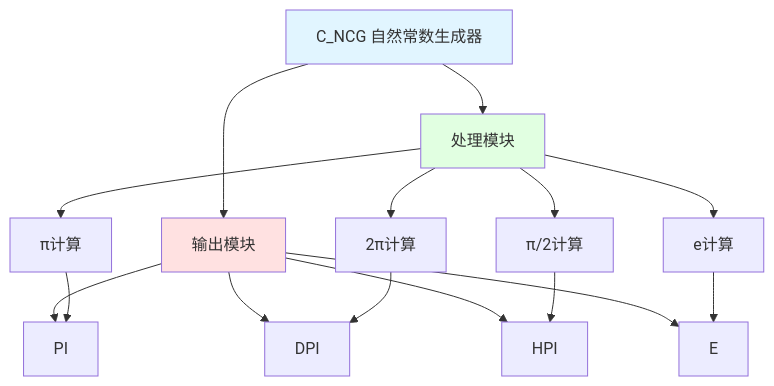
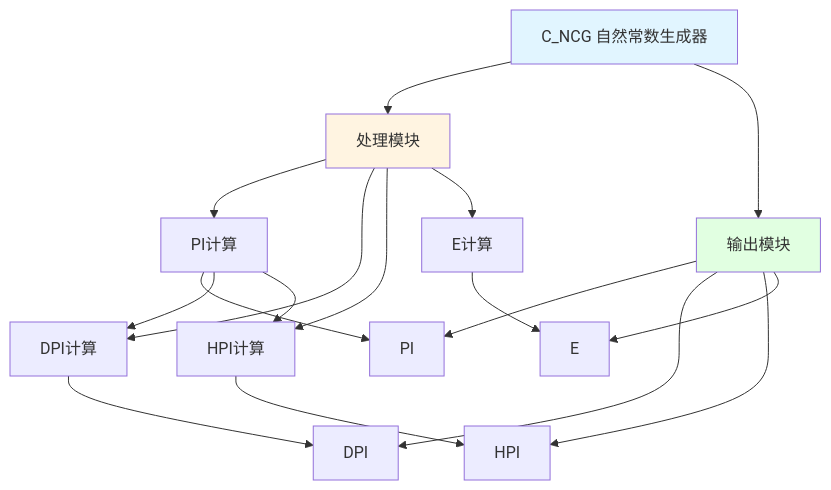
The diagram in C_NCG_分析报告.md (dlgt6/c), drawn with Mermaid before and after one commit. The commit also changed other lines of this file and 46 other files, not shown here.

````diff
--- a/C_NCG_分析报告.md
+++ b/C_NCG_分析报告.md
@@ -19,24 +31,26 @@
 ```mermaid
 graph TD
     A[C_NCG 自然常数生成器] --> B[处理模块]
     A --> C[输出模块]
     
-    B --> B1[π计算]
-    B --> B2[2π计算]
-    B --> B3[π/2计算]
-    B --> B4[e计算]
+    B --> B1[PI计算]
+    B --> B2[DPI计算]
+    B --> B3[HPI计算]
+    B --> B4[E计算]
     
     C --> C1[PI]
     C --> C2[DPI]
     C --> C3[HPI]
     C --> C4[E]
     
     B1 --> C1
+    B1 --> B2
+    B1 --> B3
     B2 --> C2
     B3 --> C3
     B4 --> C4
     
     style A fill:#e1f5ff
-    style B fill:#e1ffe1
-    style C fill:#ffe1e1
+    style B fill:#fff4e1
+    style C fill:#e1ffe1
 ```
````
